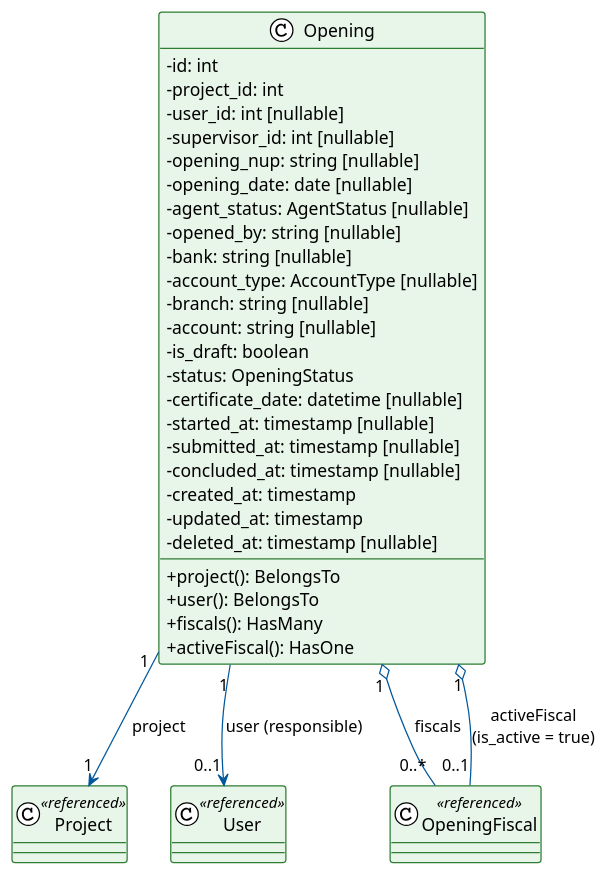
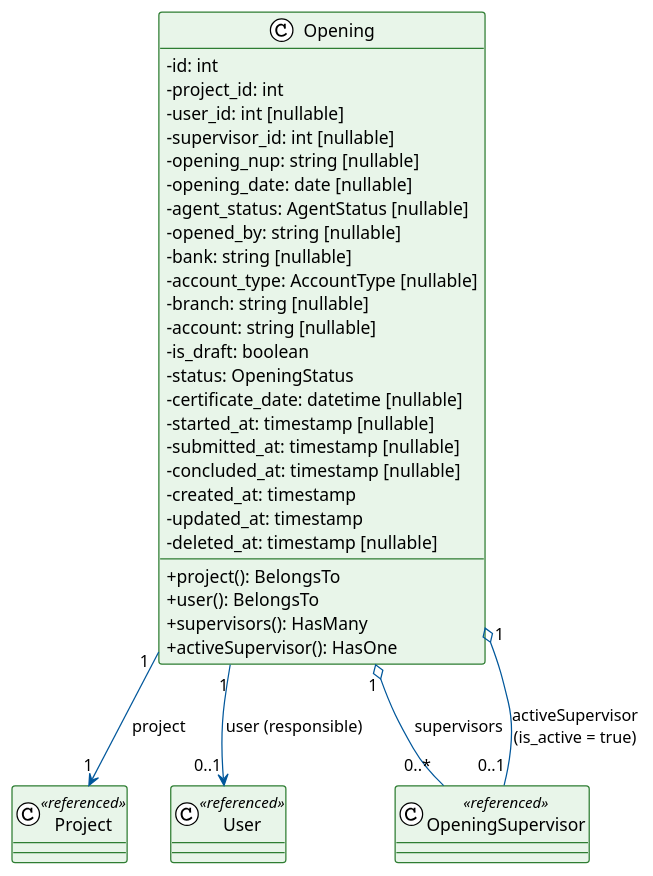
Before and after one commit to secultce/efomento: the diagram in docs/Diagramas/Classe/Opening.puml, drawn with PlantUML. The commit also changed 11 other files, not shown here.

```diff
--- a/docs/Diagramas/Classe/Opening.puml
+++ b/docs/Diagramas/Classe/Opening.puml
@@ -1,53 +1,53 @@
 @startuml Opening
 !theme plain
 skinparam classAttributeIconSize 0
 skinparam class {
     BackgroundColor #E8F5E9
     BorderColor #2E7D32
     ArrowColor #01579B
 }
 
 class Opening {
     -id: int
     -project_id: int
     -user_id: int [nullable]
     -supervisor_id: int [nullable]
     -opening_nup: string [nullable]
     -opening_date: date [nullable]
     -agent_status: AgentStatus [nullable]
     -opened_by: string [nullable]
     -bank: string [nullable]
     -account_type: AccountType [nullable]
     -branch: string [nullable]
     -account: string [nullable]
     -is_draft: boolean
     -status: OpeningStatus
     -certificate_date: datetime [nullable]
     -started_at: timestamp [nullable]
     -submitted_at: timestamp [nullable]
     -concluded_at: timestamp [nullable]
     -created_at: timestamp
     -updated_at: timestamp
     -deleted_at: timestamp [nullable]
     --
     +project(): BelongsTo
     +user(): BelongsTo
-    +fiscals(): HasMany
-    +activeFiscal(): HasOne
+    +supervisors(): HasMany
+    +activeSupervisor(): HasOne
 }
 
 class Project <<referenced>> {
 }
 
 class User <<referenced>> {
 }
 
-class OpeningFiscal <<referenced>> {
+class OpeningSupervisor <<referenced>> {
 }
 
 Opening "1" --> "1" Project : project
 Opening "1" --> "0..1" User : user (responsible)
-Opening "1" o-- "0..*" OpeningFiscal : fiscals
-Opening "1" o-- "0..1" OpeningFiscal : activeFiscal\n(is_active = true)
+Opening "1" o-- "0..*" OpeningSupervisor : supervisors
+Opening "1" o-- "0..1" OpeningSupervisor : activeSupervisor\n(is_active = true)
 
 @enduml
```
